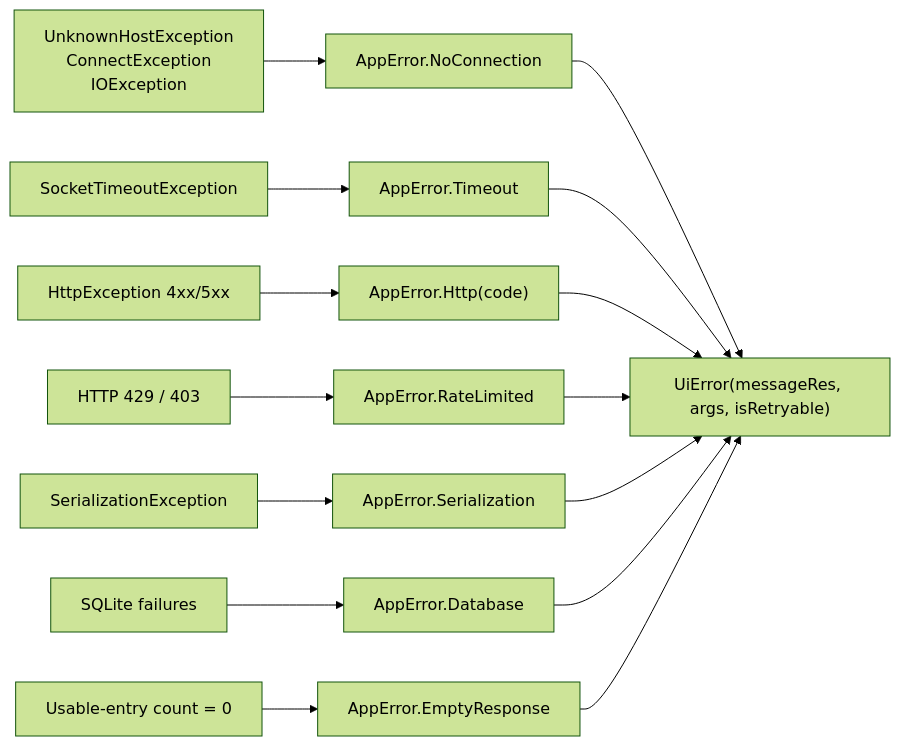
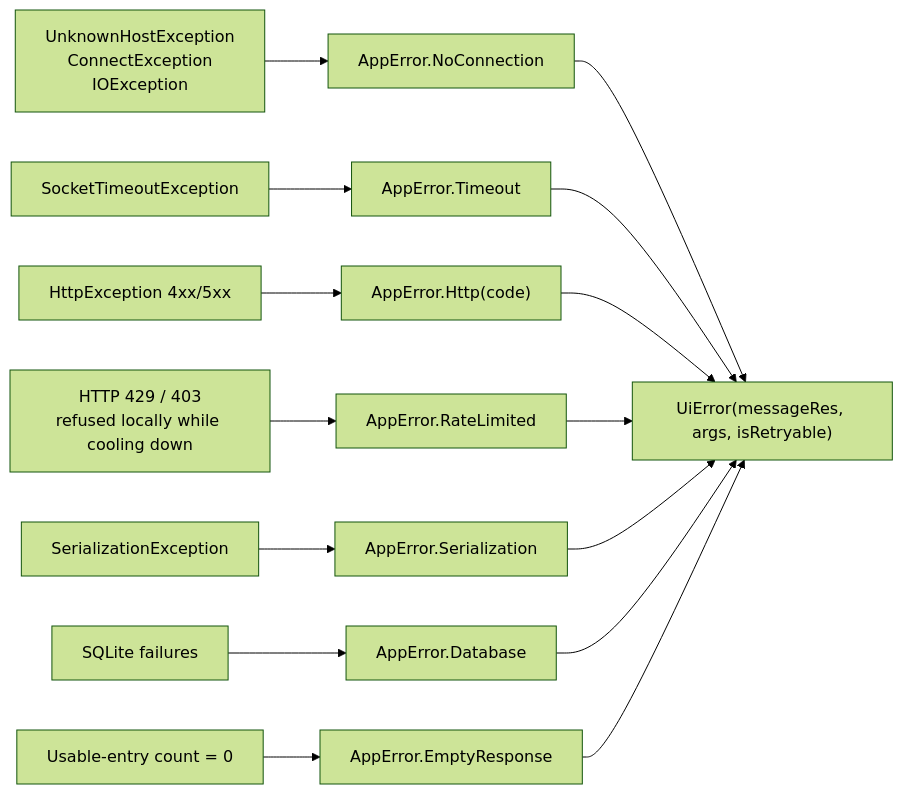
Before and after one commit to radustavila/Universe-Explorer: the sixth of 6 diagrams in README.md, drawn with Mermaid (forest theme). The commit also changed other lines of this file and 99 other files, not shown here.

````diff
--- a/README.md
+++ b/README.md
@@ -344,12 +414,12 @@
 ```mermaid
 flowchart LR
     E1["UnknownHostException<br/>ConnectException<br/>IOException"] --> NC["AppError.NoConnection"]
     E2["SocketTimeoutException"] --> TO["AppError.Timeout"]
     E3["HttpException 4xx/5xx"] --> HT["AppError.Http(code)"]
-    E4["HTTP 429 / 403"] --> RL["AppError.RateLimited"]
+    E4["HTTP 429 / 403<br/>refused locally while cooling down"] --> RL["AppError.RateLimited"]
     E5["SerializationException"] --> SE["AppError.Serialization"]
     E6["SQLite failures"] --> DB["AppError.Database"]
     E7["Usable-entry count = 0"] --> EM["AppError.EmptyResponse"]
 
     NC & TO & HT & RL & SE & DB & EM --> UI["UiError(messageRes, args, isRetryable)"]
 ```
````
